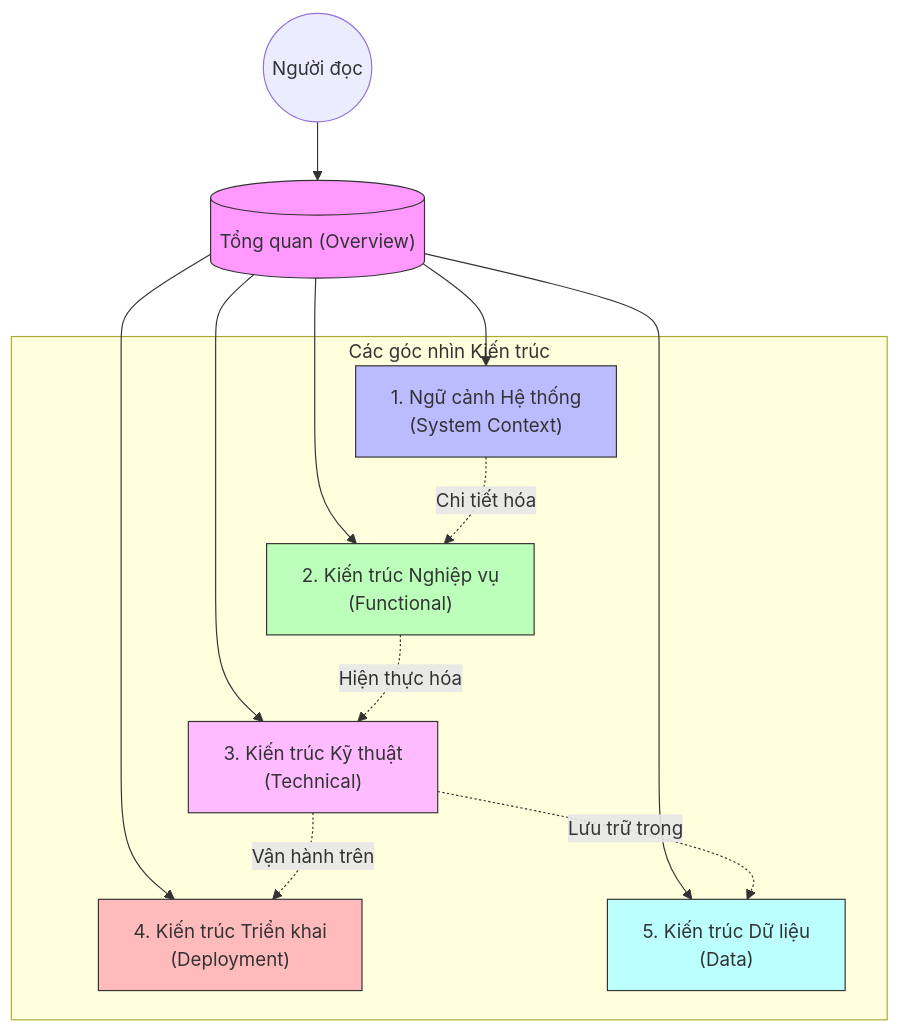
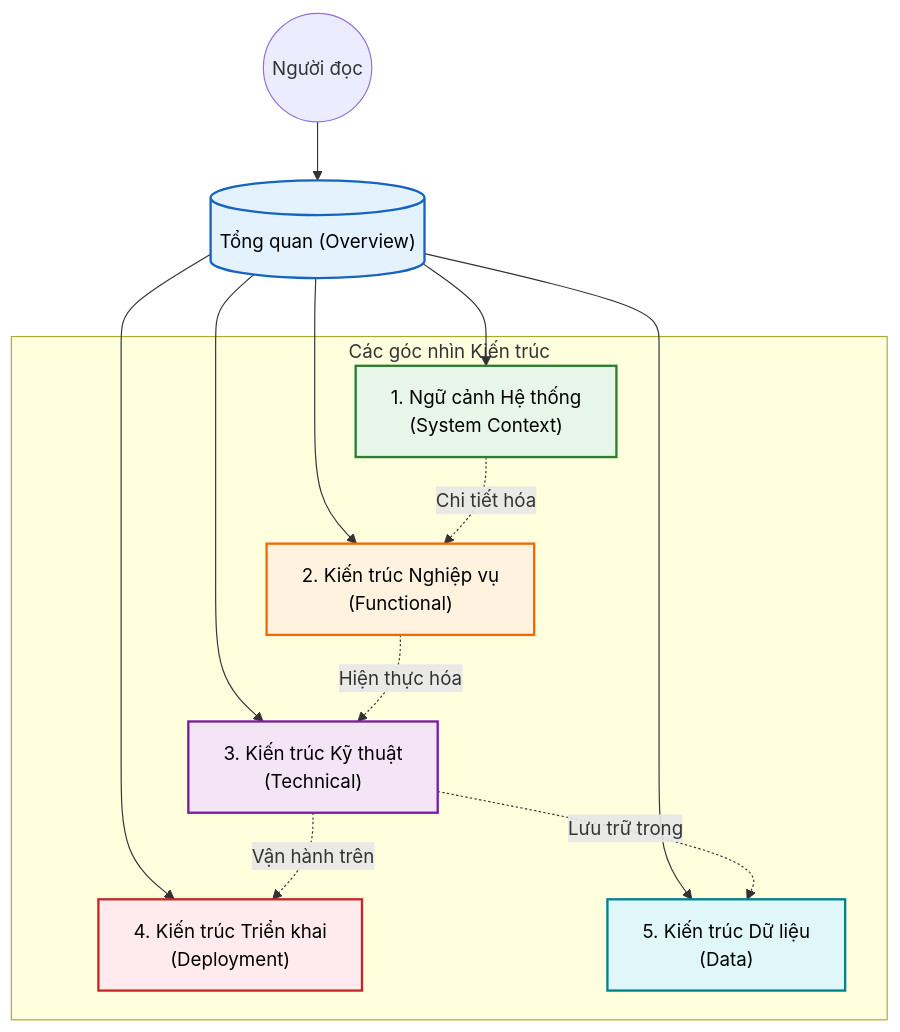
Before and after one commit to thangpnb/HIS: the diagram in docs/his-ba-documentation/01-architecture/overview.md, drawn with Mermaid.

Commit message:
style: Improve mermaid diagram contrast in overview.md

````diff
--- a/docs/his-ba-documentation/01-architecture/overview.md
+++ b/docs/his-ba-documentation/01-architecture/overview.md
@@ -8,33 +8,33 @@
 ```mermaid
 graph TD
     User((Người đọc))
     
     Index[("Tổng quan (Overview)")]
     
     subgraph "Các góc nhìn Kiến trúc"
         Context["1. Ngữ cảnh Hệ thống<br/>(System Context)"]
         Func["2. Kiến trúc Nghiệp vụ<br/>(Functional)"]
         Tech["3. Kiến trúc Kỹ thuật<br/>(Technical)"]
         Deploy["4. Kiến trúc Triển khai<br/>(Deployment)"]
         Data["5. Kiến trúc Dữ liệu<br/>(Data)"]
     end
     
     User --> Index
     Index --> Context
     Index --> Func
     Index --> Tech
     Index --> Deploy
     Index --> Data
     
     Context -.->|"Chi tiết hóa"| Func
     Func -.->|"Hiện thực hóa"| Tech
     Tech -.->|"Vận hành trên"| Deploy
     Tech -.->|"Lưu trữ trong"| Data
     
-    style Index fill:#f9f,stroke:#333
-    style Context fill:#bbf,stroke:#333
-    style Func fill:#bfb,stroke:#333
-    style Tech fill:#fbf,stroke:#333
-    style Deploy fill:#fbb,stroke:#333
-    style Data fill:#bff,stroke:#333
+    style Index fill:#E3F2FD,stroke:#1565C0,stroke-width:2px,color:#000
+    style Context fill:#E8F5E9,stroke:#2E7D32,stroke-width:2px,color:#000
+    style Func fill:#FFF3E0,stroke:#EF6C00,stroke-width:2px,color:#000
+    style Tech fill:#F3E5F5,stroke:#7B1FA2,stroke-width:2px,color:#000
+    style Deploy fill:#FFEBEE,stroke:#C62828,stroke-width:2px,color:#000
+    style Data fill:#E0F7FA,stroke:#00838F,stroke-width:2px,color:#000
 ```
````
